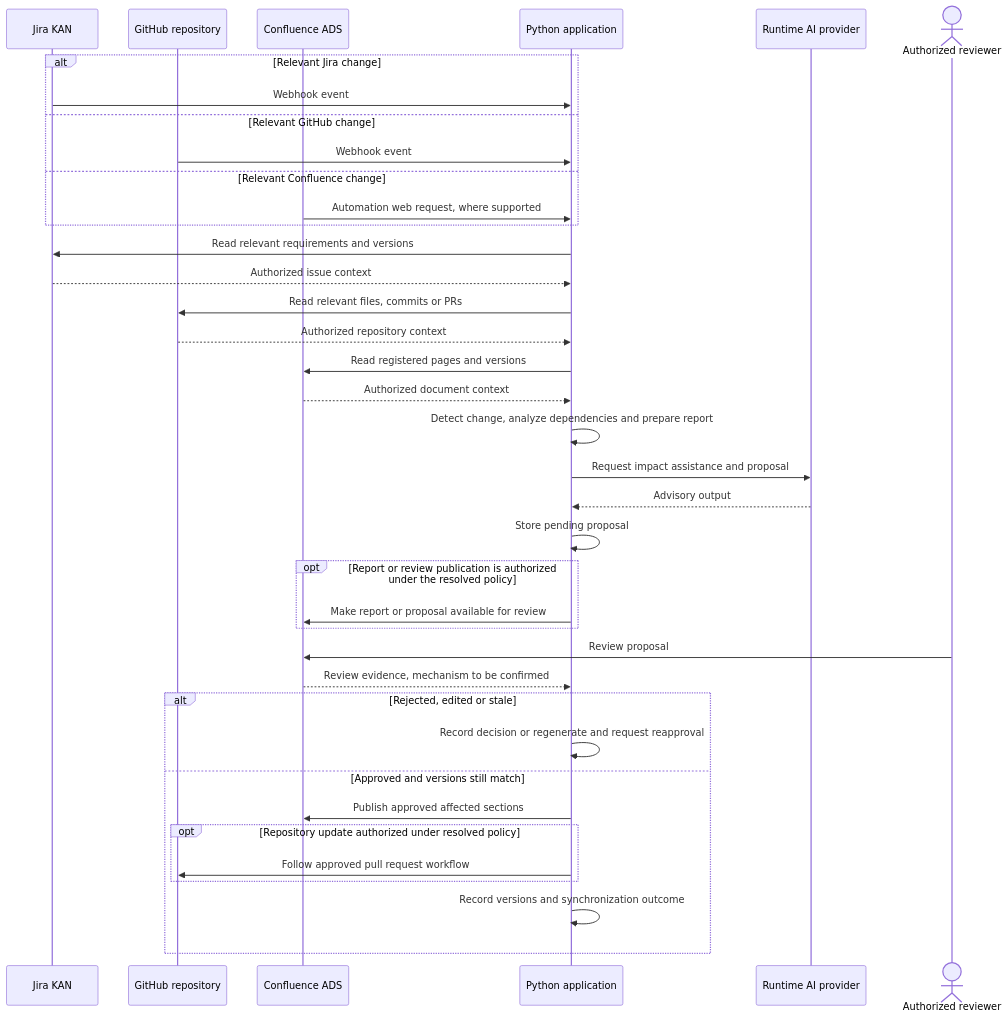
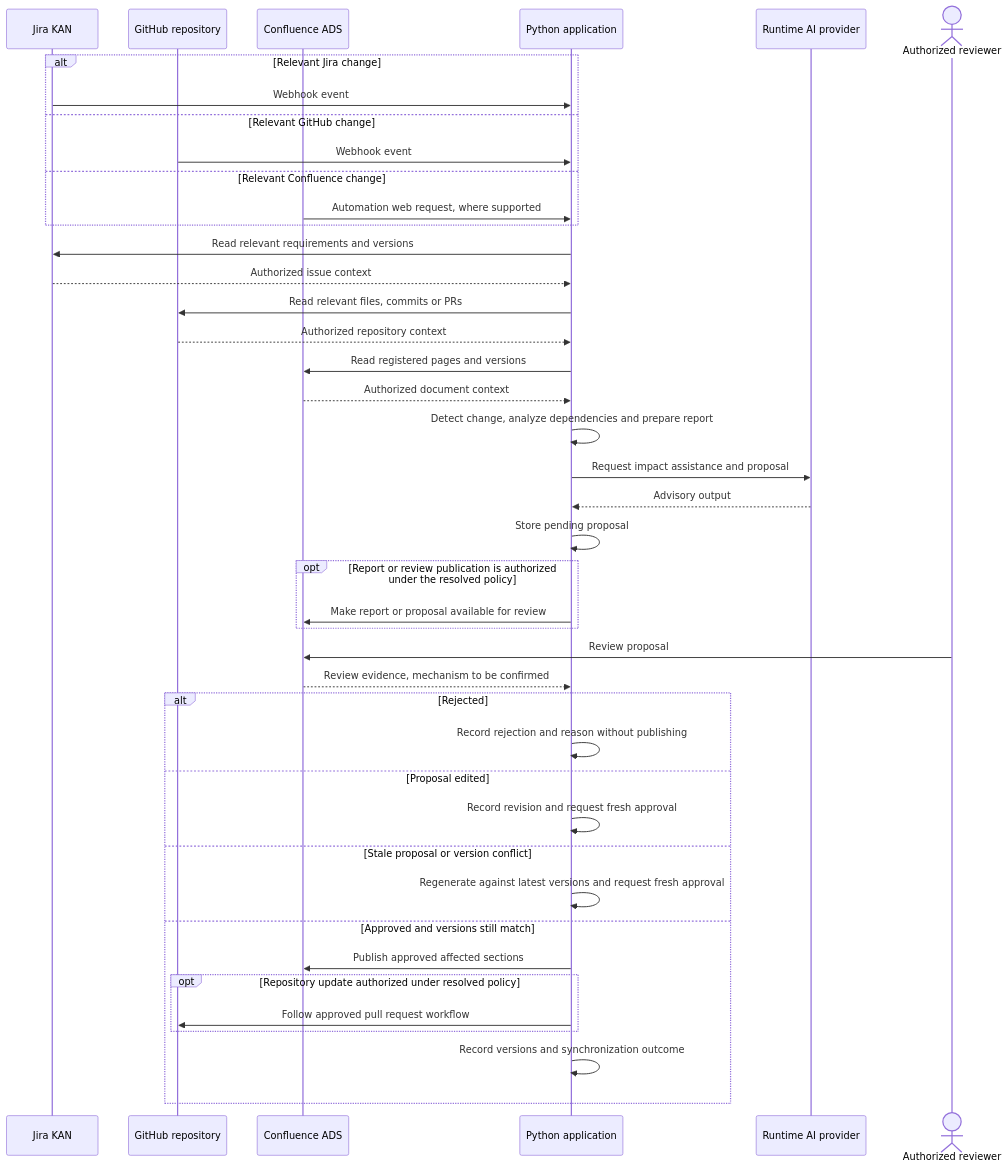
The fourth of 6 diagrams in architecture.md (ViditTaunk-JayShreeKrishna/automated-documentation-sync), drawn with Mermaid before and after one commit. The commit also changed other lines of this file and 4 other files, not shown here.

Commit message:
docs: address architecture review findings

````diff
--- a/architecture.md
+++ b/architecture.md
@@ -312,41 +540,45 @@
 ```mermaid
 sequenceDiagram
     participant Jira as Jira KAN
     participant GitHub as GitHub repository
     participant ADS as Confluence ADS
     participant App as Python application
     participant AI as Runtime AI provider
     actor Reviewer as Authorized reviewer
 
     alt Relevant Jira change
         Jira->>App: Webhook event
     else Relevant GitHub change
         GitHub->>App: Webhook event
     else Relevant Confluence change
         ADS->>App: Automation web request, where supported
     end
     App->>Jira: Read relevant requirements and versions
     Jira-->>App: Authorized issue context
     App->>GitHub: Read relevant files, commits or PRs
     GitHub-->>App: Authorized repository context
     App->>ADS: Read registered pages and versions
     ADS-->>App: Authorized document context
     App->>App: Detect change, analyze dependencies and prepare report
     App->>AI: Request impact assistance and proposal
     AI-->>App: Advisory output
     App->>App: Store pending proposal
     opt Report or review publication is authorized under the resolved policy
         App->>ADS: Make report or proposal available for review
     end
     Reviewer->>ADS: Review proposal
     ADS-->>App: Review evidence, mechanism to be confirmed
-    alt Rejected, edited or stale
-        App->>App: Record decision or regenerate and request reapproval
+    alt Rejected
+        App->>App: Record rejection and reason without publishing
+    else Proposal edited
+        App->>App: Record revision and request fresh approval
+    else Stale proposal or version conflict
+        App->>App: Regenerate against latest versions and request fresh approval
     else Approved and versions still match
         App->>ADS: Publish approved affected sections
         opt Repository update authorized under resolved policy
             App->>GitHub: Follow approved pull request workflow
         end
         App->>App: Record versions and synchronization outcome
     end
 ```
````
